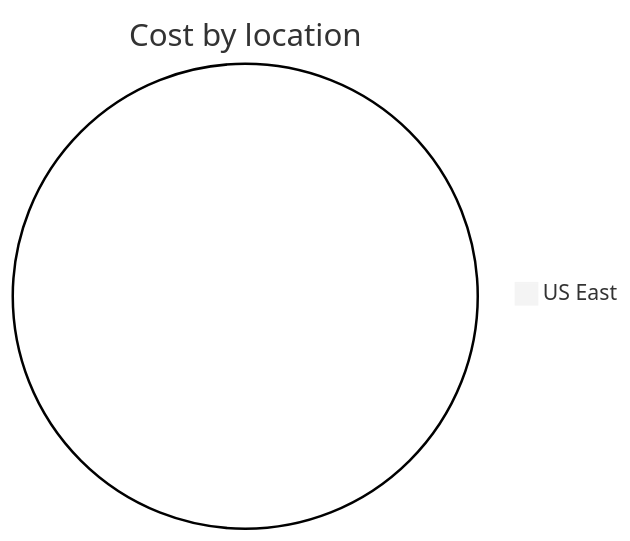
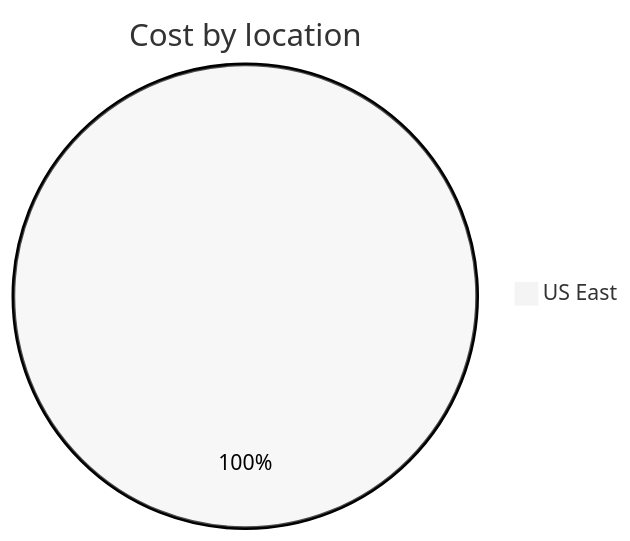
The third of 4 diagrams in cost-reports/cloud-shell-storage-eastus/cs2100300008c8d894b.md (jpfulton/azure-personal-reports), drawn with Mermaid (neutral theme) before and after one commit. The commit also changed other lines of this file and 1 other file, not shown here.

````diff
--- a/cost-reports/cloud-shell-storage-eastus/cs2100300008c8d894b.md
+++ b/cost-reports/cloud-shell-storage-eastus/cs2100300008c8d894b.md
@@ -103,5 +103,5 @@
 ```mermaid
 pie
    title Cost by location
-   "US East" : 0.00
+   "US East" : 0.02
 ```
````
